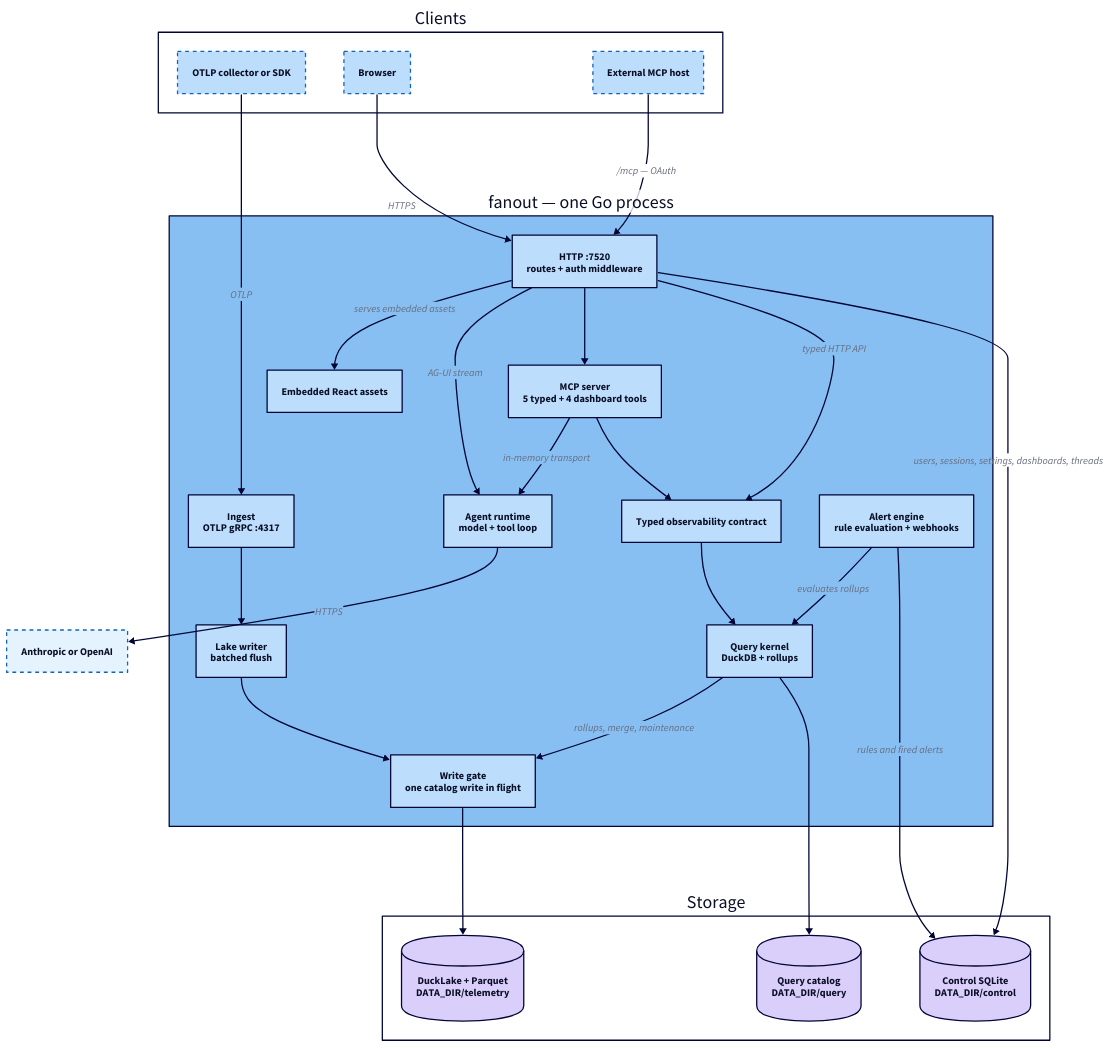
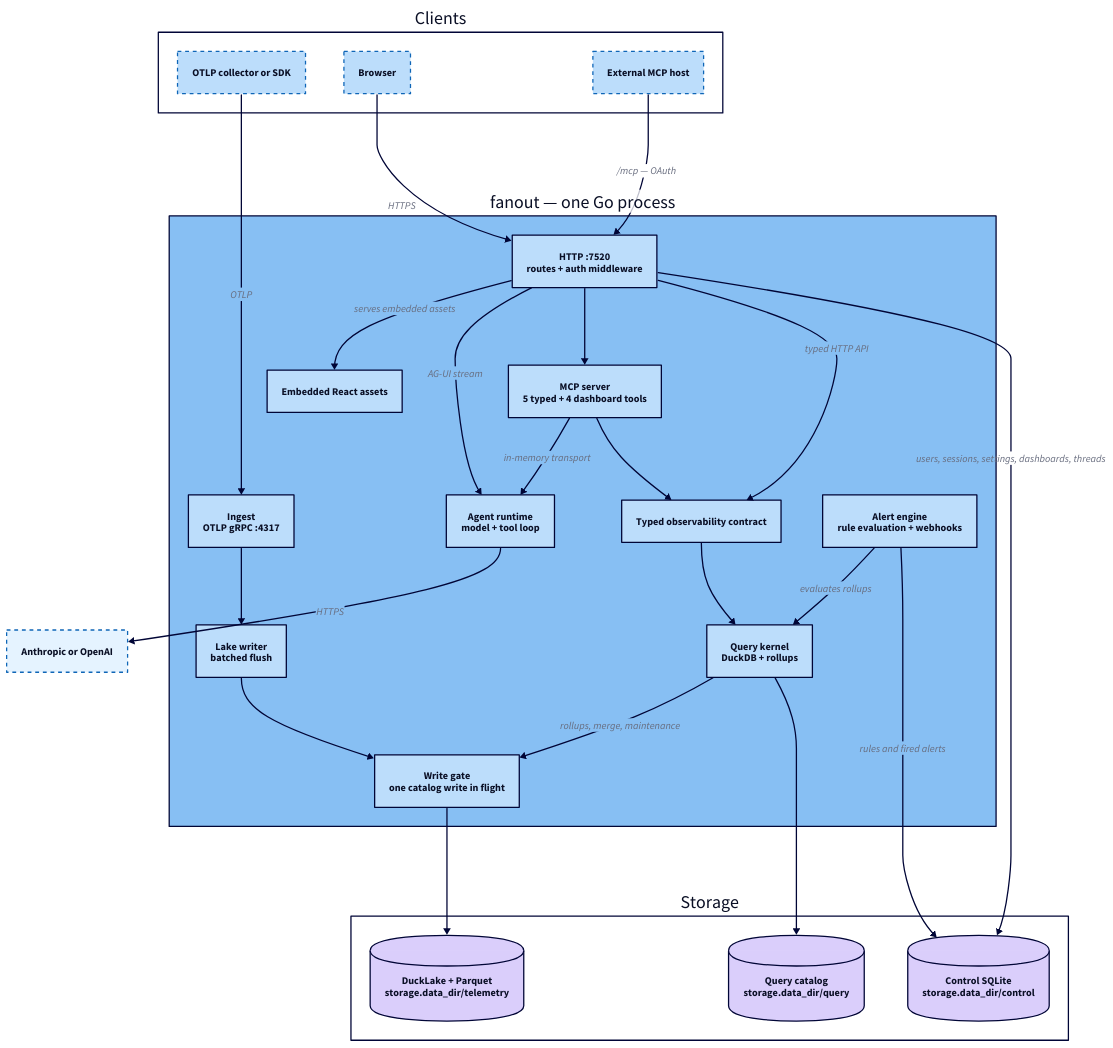
The diagram in docs/diagrams/architecture.d2 (labstack/fanout), drawn with D2 before and after one commit. The commit also changed 63 other files, not shown here.

```diff
--- a/docs/diagrams/architecture.d2
+++ b/docs/diagrams/architecture.d2
@@ -1,64 +1,64 @@
 # Fanout runtime architecture: what one process owns, and how a request reaches
 # storage. Render with `just diagrams`; commit the SVG beside this file.
 
 vars: {
   d2-config: {
     layout-engine: dagre
     theme-id: 5
   }
 }
 
 direction: down
 
 clients: Clients {
   style.fill: transparent
   collector: "OTLP collector or SDK" {style.stroke-dash: 3}
   browser: Browser {style.stroke-dash: 3}
   ext: "External MCP host" {style.stroke-dash: 3}
 }
 
 fanout: "fanout — one Go process" {
   style.stroke-width: 2
 
   http: "HTTP :7520\nroutes + auth middleware"
   ingest: "Ingest\nOTLP gRPC :4317"
   ui: "Embedded React assets"
   agent: "Agent runtime\nmodel + tool loop"
   mcp: "MCP server\n5 typed + 4 dashboard tools"
   obs: "Typed observability contract"
   lake: "Lake writer\nbatched flush"
   query: "Query kernel\nDuckDB + rollups"
   gate: "Write gate\none catalog write in flight" {style.stroke-width: 2}
   alert: "Alert engine\nrule evaluation + webhooks"
 
   ingest -> lake
   http -> ui: serves embedded assets
   http -> agent: AG-UI stream
   http -> mcp
   mcp -> agent: in-memory transport
   mcp -> obs
   http -> obs: typed HTTP API
   obs -> query
   alert -> query: evaluates rollups
   lake -> gate
   query -> gate: "rollups, merge, maintenance"
 }
 
 store: Storage {
   style.fill: transparent
-  telemetry: "DuckLake + Parquet\nDATA_DIR/telemetry" {shape: cylinder}
-  qstate: "Query catalog\nDATA_DIR/query" {shape: cylinder}
-  control: "Control SQLite\nDATA_DIR/control" {shape: cylinder}
+  telemetry: "DuckLake + Parquet\nstorage.data_dir/telemetry" {shape: cylinder}
+  qstate: "Query catalog\nstorage.data_dir/query" {shape: cylinder}
+  control: "Control SQLite\nstorage.data_dir/control" {shape: cylinder}
 }
 
 model: "Anthropic or OpenAI" {style.stroke-dash: 3}
 
 clients.collector -> fanout.ingest: OTLP
 clients.browser -> fanout.http: HTTPS
 clients.ext -> fanout.http: "/mcp — OAuth"
 
 fanout.gate -> store.telemetry
 fanout.query -> store.qstate
 fanout.http -> store.control: "users, sessions, settings, dashboards, threads"
 fanout.alert -> store.control: "rules and fired alerts"
 fanout.agent -> model: HTTPS
```
